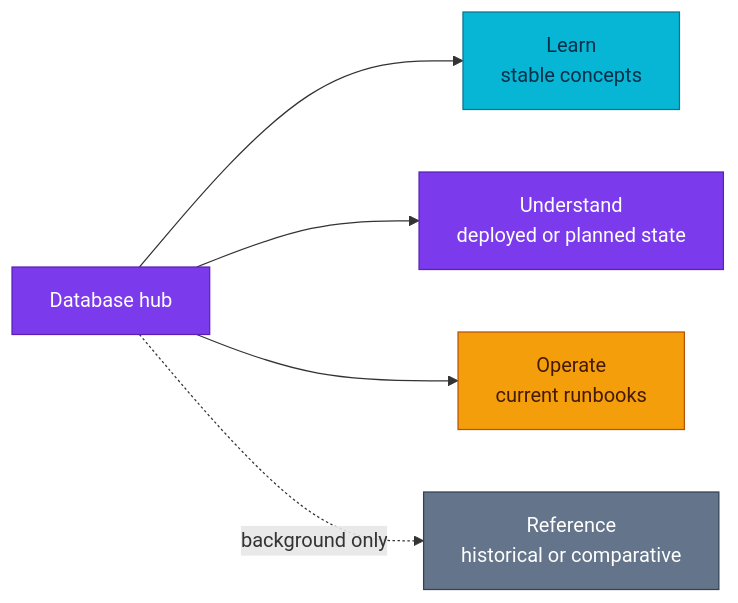
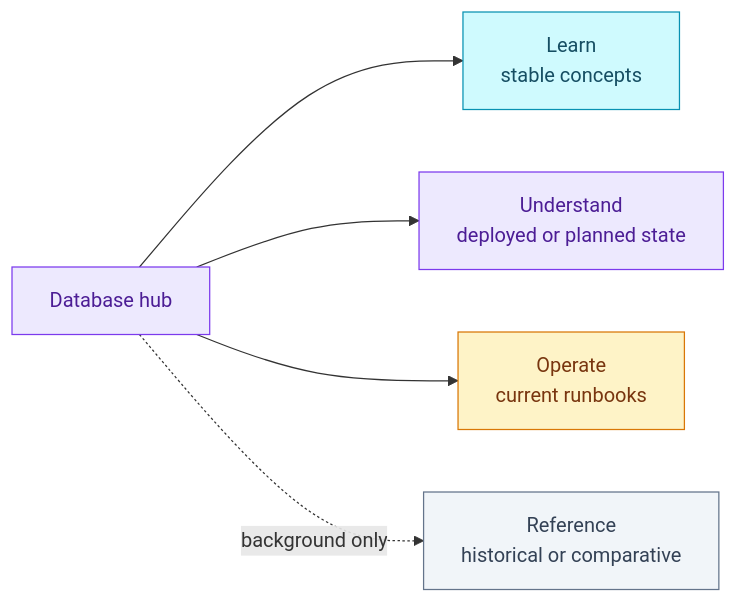
Before and after one commit to duynhlab/homelab: the diagram in docs/databases/README.md, drawn with Mermaid. The commit also changed 174 other files, not shown here.

First line of the commit message:
Soft-tint diagram palette, a signal-flow diagram, a Linux-ready Draw.io skill

````diff
--- a/docs/databases/README.md
+++ b/docs/databases/README.md
@@ -76,23 +76,23 @@
 ```mermaid
 flowchart LR
     Hub["Database hub"]
     Learn["Learn<br/>stable concepts"]
     Platform["Understand<br/>deployed or planned state"]
     Operate["Operate<br/>current runbooks"]
     Reference["Reference<br/>historical or comparative"]
 
     Hub --> Learn
     Hub --> Platform
     Hub --> Operate
     Hub -. "background only" .-> Reference
 
-    classDef platform fill:#7c3aed,color:#fff,stroke:#5b21b6;
-    classDef service fill:#06b6d4,color:#082f49,stroke:#0e7490;
-    classDef worker fill:#f59e0b,color:#451a03,stroke:#b45309;
-    classDef external fill:#64748b,color:#fff,stroke:#334155;
+    classDef platform fill:#ede9fe,color:#4c1d95,stroke:#7c3aed;
+    classDef service fill:#cffafe,color:#164e63,stroke:#0891b2;
+    classDef worker fill:#fef3c7,color:#78350f,stroke:#d97706;
+    classDef external fill:#f1f5f9,color:#334155,stroke:#64748b;
     class Hub platform;
     class Learn service;
     class Platform platform;
     class Operate worker;
     class Reference external;
 ```
````
